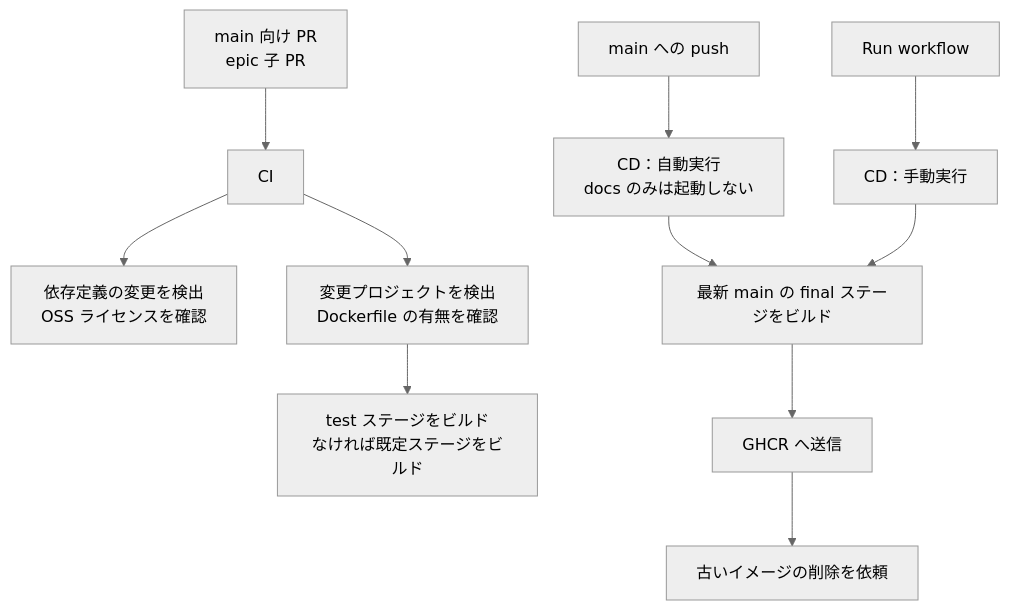
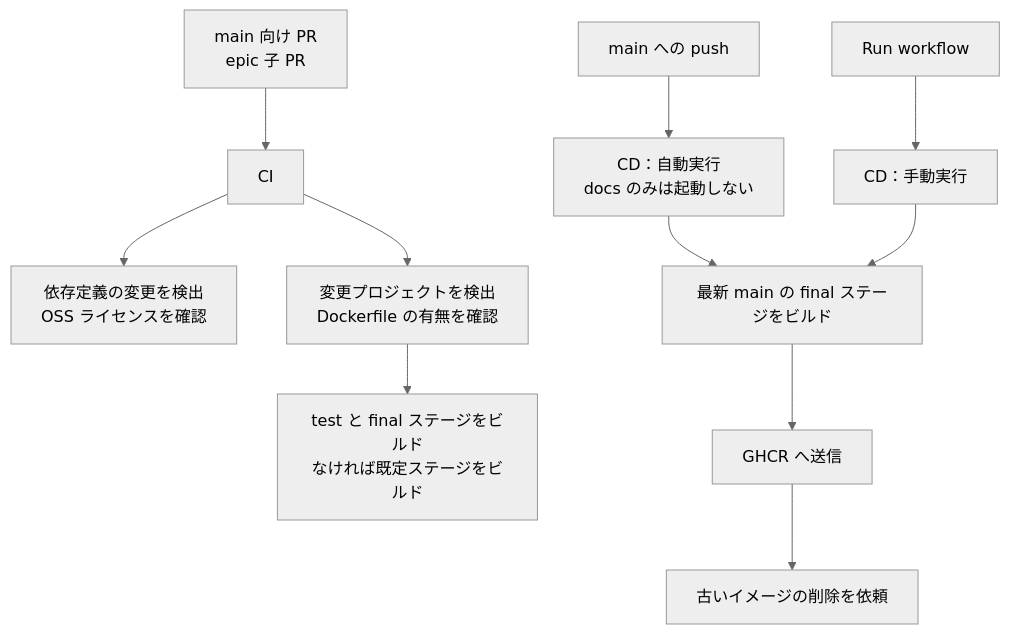
One commit to u7chan/monorepo changed the diagram in docs/about-cicd.md. Above: the diagram before and after it, drawn with Mermaid (neutral theme). The commit also changed other lines of this file and 1 other file, not shown here.

First line of the commit message:
ci(workflows): build the final stage in pull request checks

````diff
--- a/docs/about-cicd.md
+++ b/docs/about-cicd.md
@@ -20,14 +20,14 @@
 ```mermaid
 flowchart TB
   PR["main 向け PR<br/>epic 子 PR"] --> CI["CI"]
   CI --> LICENSE["依存定義の変更を検出<br/>OSS ライセンスを確認"]
   CI --> CI_PROJECTS["変更プロジェクトを検出<br/>Dockerfile の有無を確認"]
-  CI_PROJECTS --> CI_BUILD["test ステージをビルド<br/>なければ既定ステージをビルド"]
+  CI_PROJECTS --> CI_BUILD["test と final ステージをビルド<br/>なければ既定ステージをビルド"]
 
   PUSH["main への push"] --> AUTO["CD：自動実行<br/>docs のみは起動しない"]
   MANUAL["Run workflow"] --> MANUAL_CD["CD：手動実行"]
   AUTO --> FINAL["最新 main の final ステージをビルド"]
   MANUAL_CD --> FINAL
   FINAL --> GHCR["GHCR へ送信"]
   GHCR --> CLEANUP["古いイメージの削除を依頼"]
 ```
````
